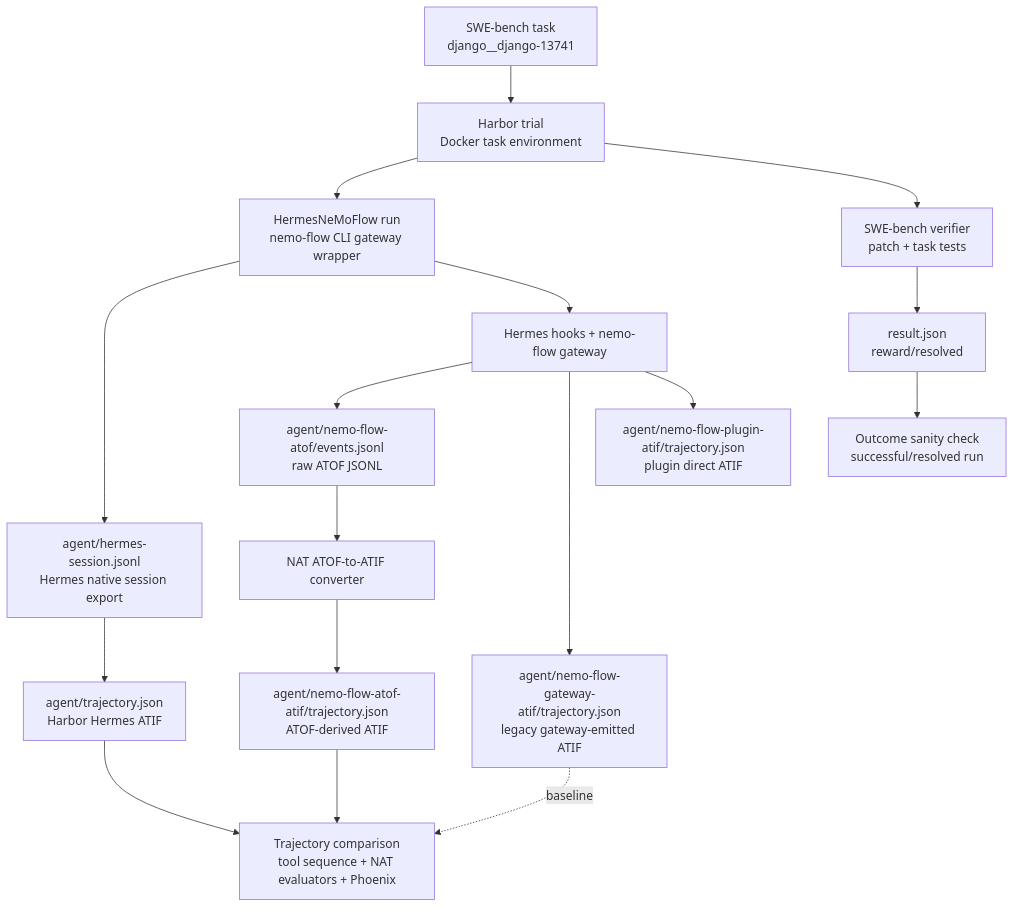
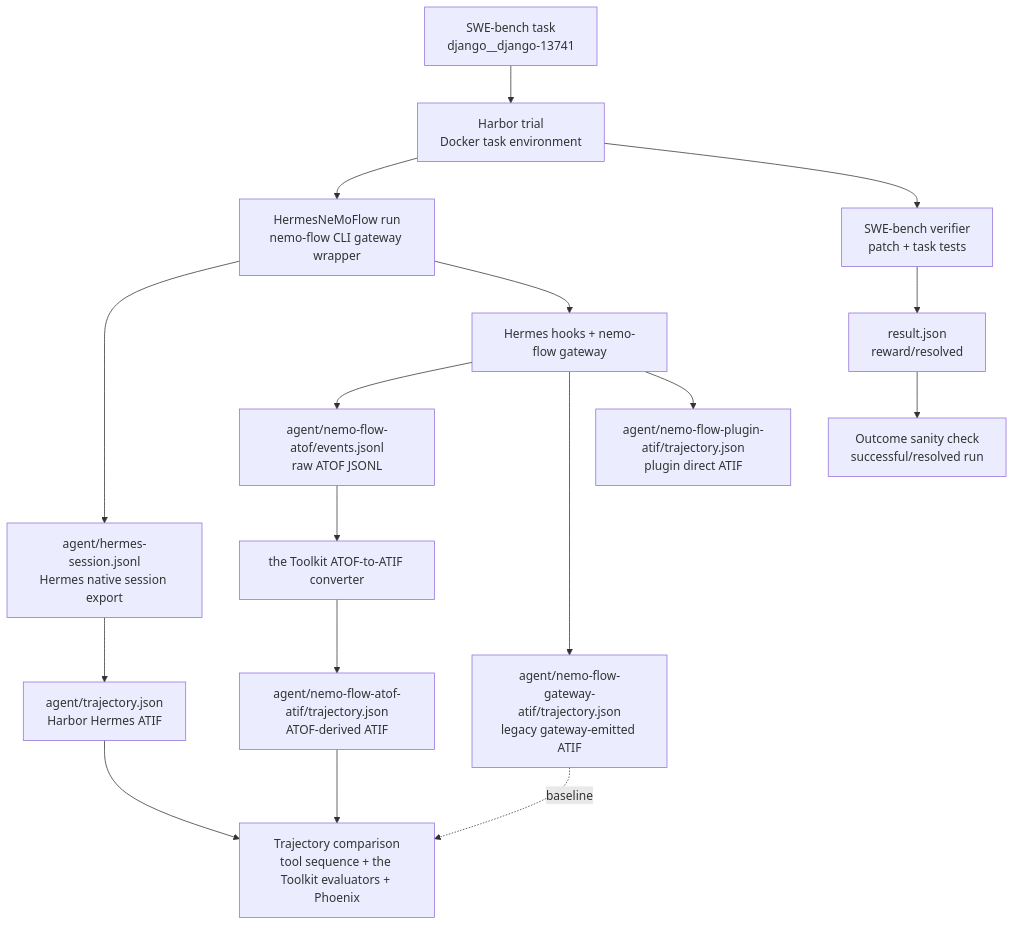
The diagram in packages/nvidia_nat_harbor/hermes-nemoflow-smoke.md (NVIDIA/NeMo-Agent-Toolkit), drawn with Mermaid before and after one commit. The commit also changed other lines of this file and 2 other files, not shown here.

````diff
--- a/packages/nvidia_nat_harbor/hermes-nemoflow-smoke.md
+++ b/packages/nvidia_nat_harbor/hermes-nemoflow-smoke.md
@@ -37,23 +37,23 @@
 ```mermaid
 flowchart TD
   task[SWE-bench task<br/>django__django-13741] --> harbor[Harbor trial<br/>Docker task environment]
 
   harbor --> run[HermesNeMoFlow run<br/>nemo-flow CLI gateway wrapper]
   run --> nativeSession[agent/hermes-session.jsonl<br/>Hermes native session export]
   nativeSession --> nativeAtif[agent/trajectory.json<br/>Harbor Hermes ATIF]
 
   run --> gatewayHooks[Hermes hooks + nemo-flow gateway]
   gatewayHooks --> atof[agent/nemo-flow-atof/events.jsonl<br/>raw ATOF JSONL]
-  atof --> converter[NAT ATOF-to-ATIF converter]
+  atof --> converter[the Toolkit ATOF-to-ATIF converter]
   converter --> nfAtif[agent/nemo-flow-atof-atif/trajectory.json<br/>ATOF-derived ATIF]
   gatewayHooks --> gatewayAtif[agent/nemo-flow-gateway-atif/trajectory.json<br/>legacy gateway-emitted ATIF]
   gatewayHooks --> pluginAtif[agent/nemo-flow-plugin-atif/trajectory.json<br/>plugin direct ATIF]
 
   harbor --> swe[SWE-bench verifier<br/>patch + task tests]
   swe --> result[result.json<br/>reward/resolved]
 
-  nativeAtif --> compare[Trajectory comparison<br/>tool sequence + NAT evaluators + Phoenix]
+  nativeAtif --> compare[Trajectory comparison<br/>tool sequence + the Toolkit evaluators + Phoenix]
   nfAtif --> compare
   gatewayAtif -. baseline .-> compare
   result --> outcome[Outcome sanity check<br/>successful/resolved run]
 ```
````
